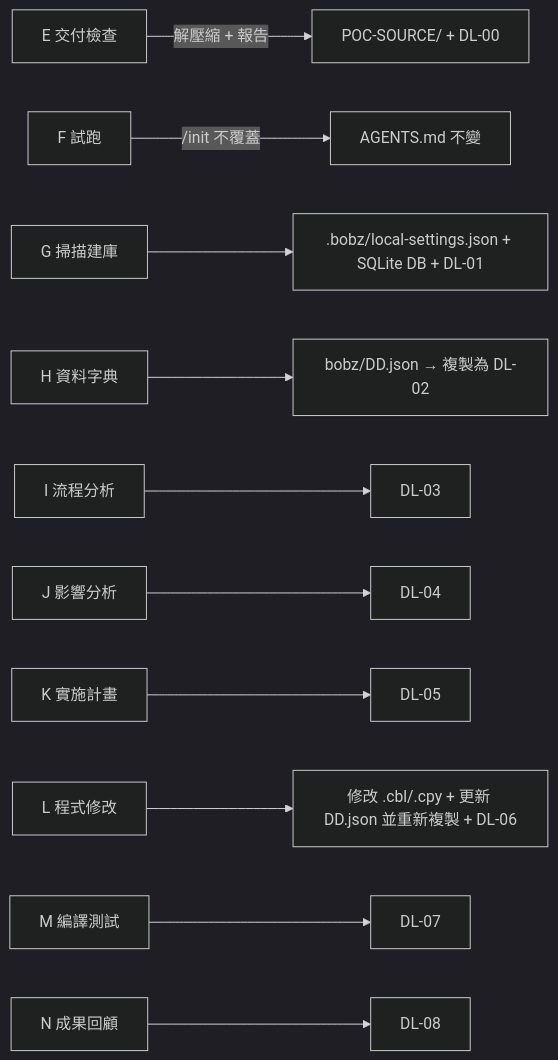
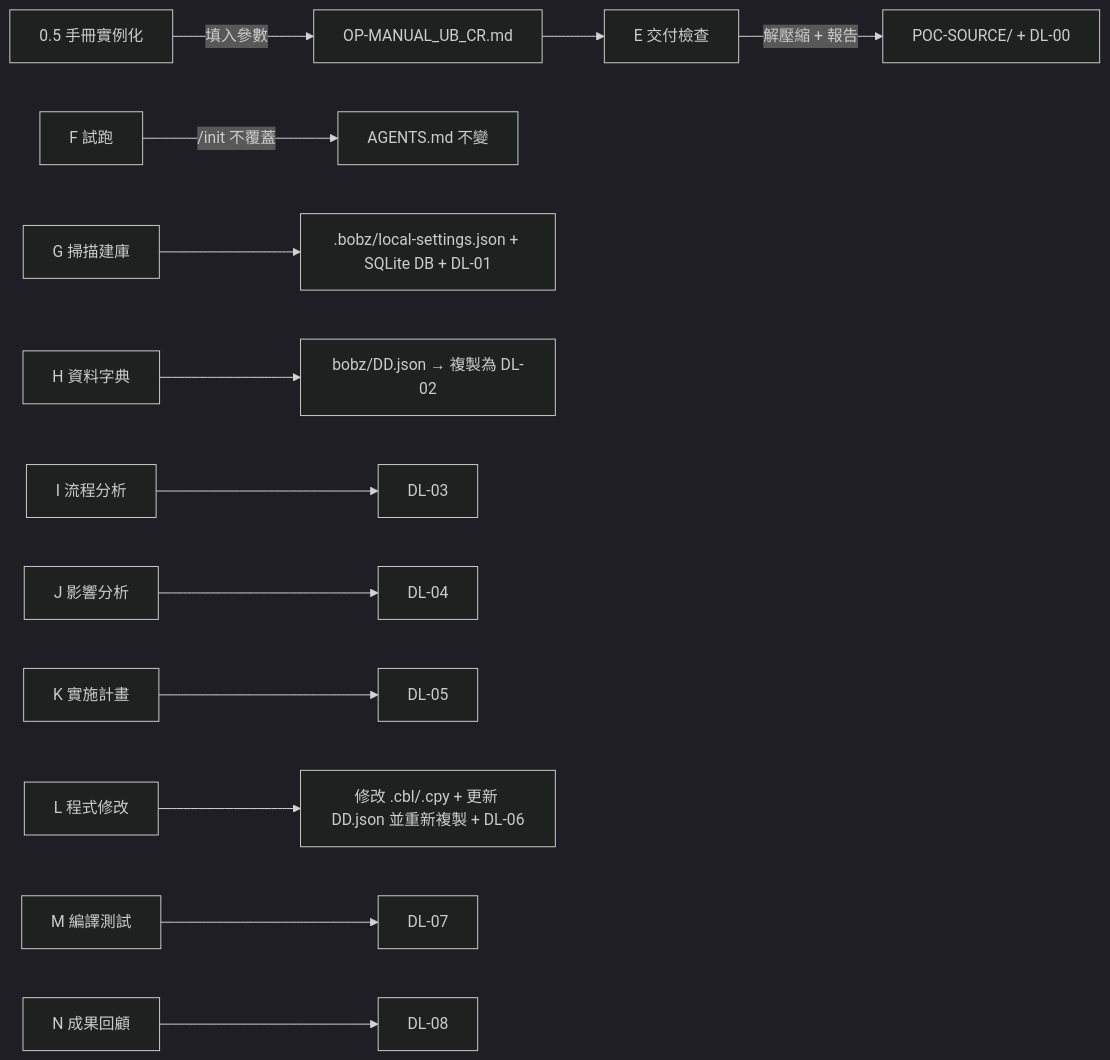
The diagram in README.md (elton0214/Bob-PPZ_POC), drawn with Mermaid (dark theme) before and after one commit. The commit also changed other lines of this file and 2 other files, not shown here.

````diff
--- a/README.md
+++ b/README.md
@@ -76,13 +77,15 @@
 ```mermaid
 flowchart LR
-    E[E 交付檢查] -->|解壓縮 + 報告| P[POC-SOURCE/ + DL-00]
+    P0[0.5 手冊實例化] -->|填入參數| OP[OP-MANUAL_UB_CR.md]
+    OP --> E[E 交付檢查]
+    E -->|解壓縮 + 報告| P[POC-SOURCE/ + DL-00]
     F[F 試跑] -->|/init 不覆蓋| A[AGENTS.md 不變]
     G[G 掃描建庫] --> S[.bobz/local-settings.json + SQLite DB + DL-01]
     H[H 資料字典] --> D[bobz/DD.json → 複製為 DL-02]
     I[I 流程分析] --> D3[DL-03]
     J[J 影響分析] --> D4[DL-04]
     K[K 實施計畫] --> D5[DL-05]
     L[L 程式修改] --> M[修改 .cbl/.cpy + 更新 DD.json 並重新複製 + DL-06]
     M2[M 編譯測試] --> D7[DL-07]
     N[N 成果回顧] --> D8[DL-08]
 ```
````
